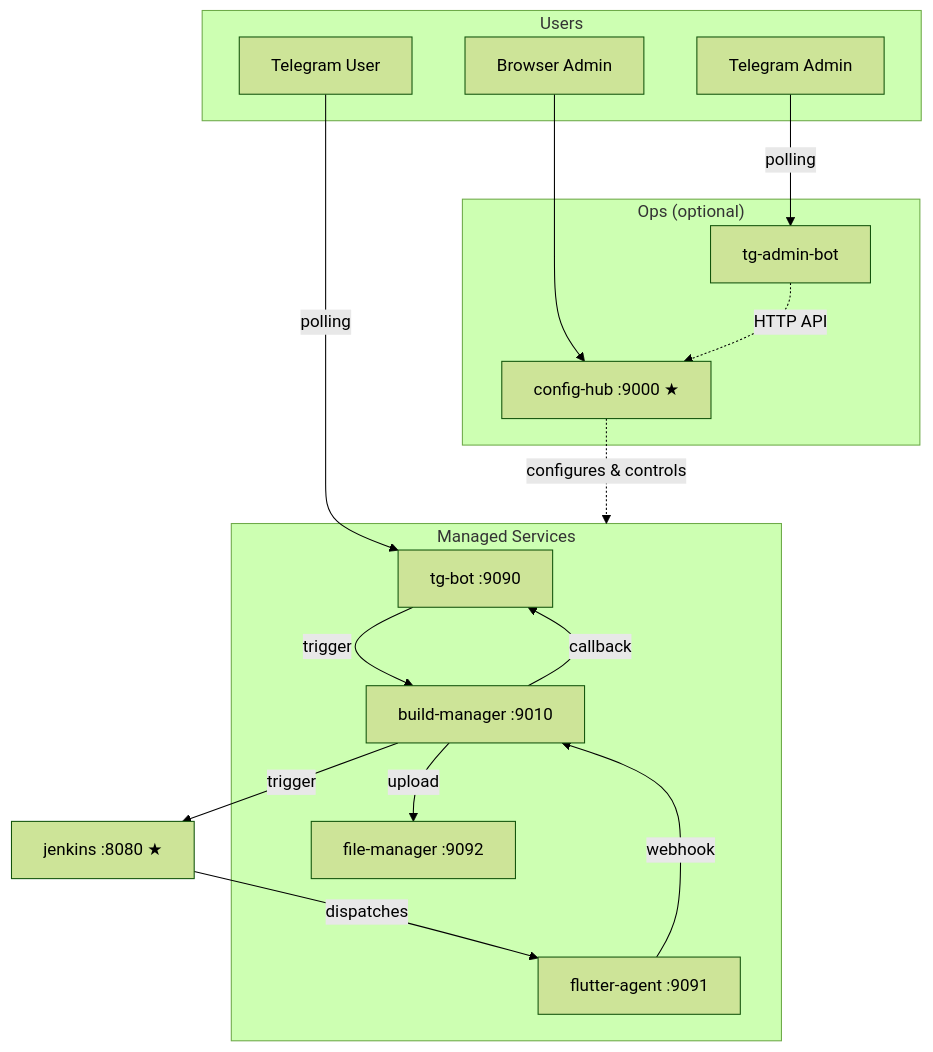
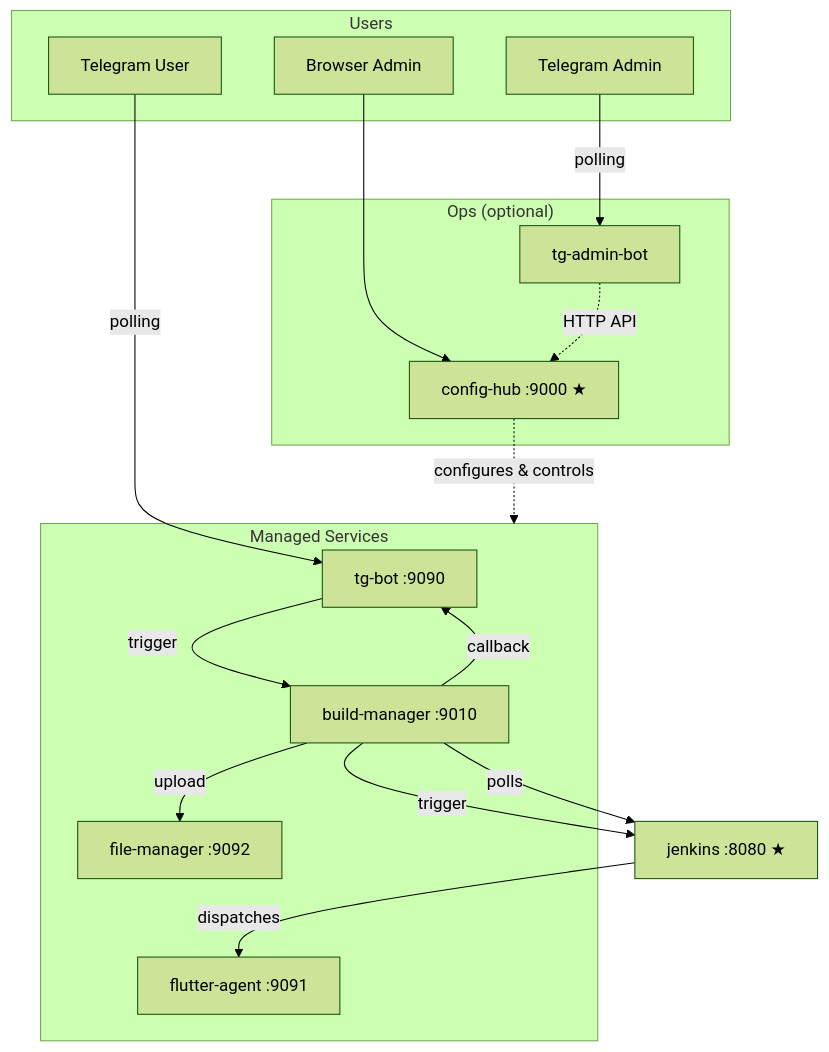
Before and after one commit to VinhNgT/jenkins-flutter-bot: the diagram in .agents/rules/general-guide.md, drawn with Mermaid (forest theme). The commit also changed other lines of this file and 4 other files, not shown here.

````diff
--- a/.agents/rules/general-guide.md
+++ b/.agents/rules/general-guide.md
@@ -61,35 +61,35 @@
 ```mermaid
 graph TD
     subgraph users["Users"]
         TU["Telegram User"]
         BA["Browser Admin"]
         TA["Telegram Admin"]
     end
 
     subgraph ops["Ops  (optional)"]
         CH["config-hub :9000 ★"]
         TAB["tg-admin-bot"]
     end
 
     subgraph managed["Managed Services"]
         BOT["tg-bot :9090"]
         BM["build-manager :9010"]
         FM["file-manager :9092"]
         AGT["flutter-agent :9091"]
     end
 
     JNK["jenkins :8080 ★"]
 
     TU -- polling --> BOT
     BA --> CH
     TA -- polling --> TAB
     TAB -. "HTTP API" .-> CH
     CH -. "configures & controls" .-> managed
 
     BOT -- trigger --> BM
     BM -- trigger --> JNK
     JNK -- dispatches --> AGT
-    AGT -- webhook --> BM
+    BM -- polls --> JNK
     BM -- upload --> FM
     BM -- callback --> BOT
 ```
````
